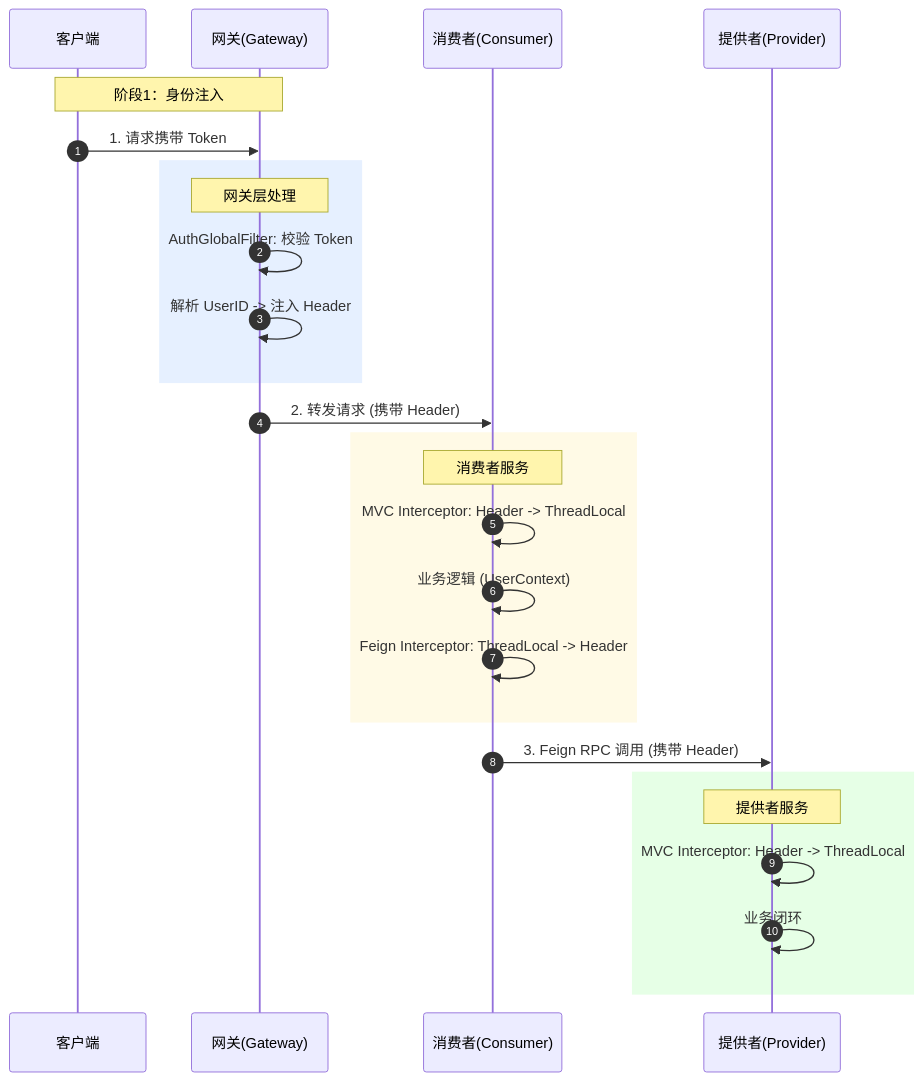
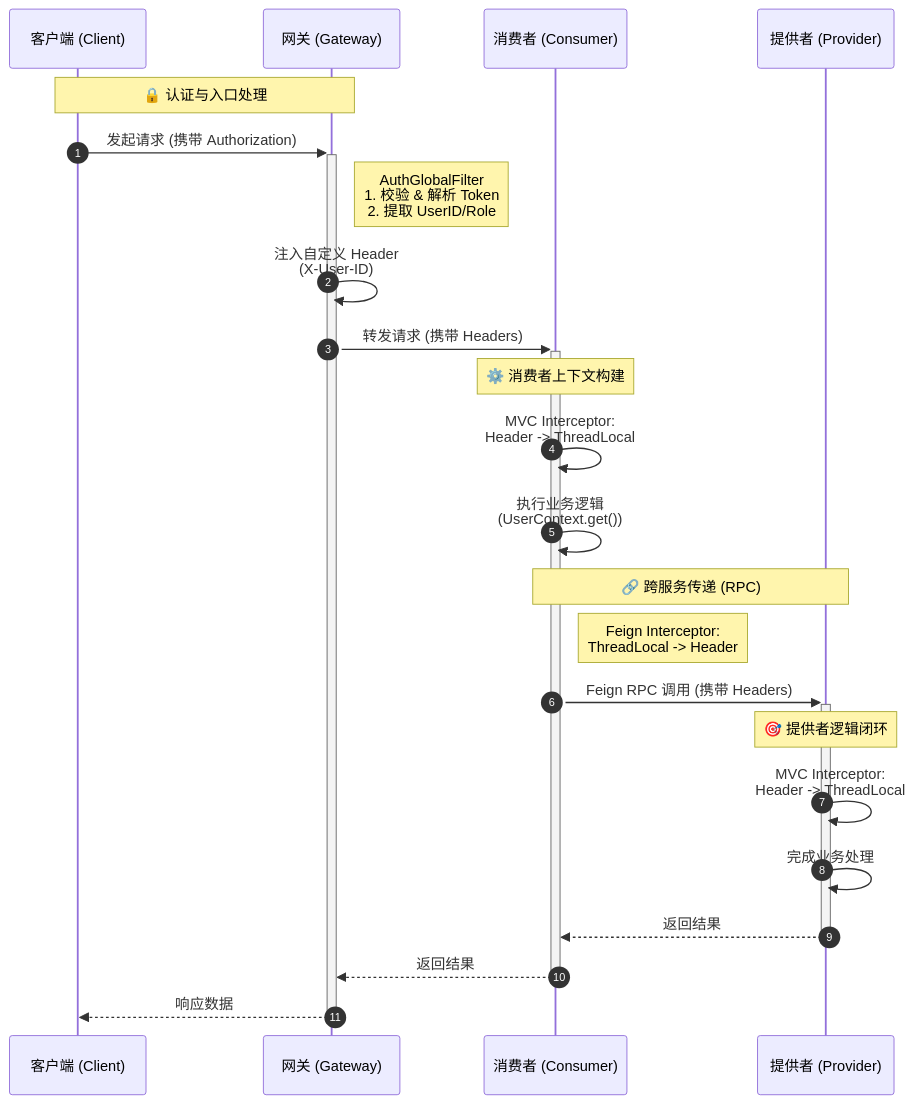
The second of 5 diagrams in README.md (RCPawn/api-gateway), drawn with Mermaid before and after one commit. The commit also changed other lines of this file, not shown here.

````diff
--- a/README.md
+++ b/README.md
@@ -123,33 +142,34 @@
 ```mermaid
 sequenceDiagram
     autonumber
-    participant Client as 客户端
-    participant Gateway as 网关(Gateway)
-    participant Consumer as 消费者(Consumer)
-    participant Provider as 提供者(Provider)
-Note over Client, Gateway: 阶段1：身份注入
-Client->>Gateway: 1. 请求携带 Token
+    
+    %% 定义参与者颜色和别名
+    participant C as 客户端 (Client)
+    participant G as 网关 (Gateway)
+    participant S1 as 消费者 (Consumer)
+    participant S2 as 提供者 (Provider)
 
-rect rgb(230, 240, 255)
-Note over Gateway: 网关层处理
-Gateway->>Gateway: AuthGlobalFilter: 校验 Token
-Gateway->>Gateway: 解析 UserID -> 注入 Header
-end
+    Note over C, G: 🔒 认证与入口处理
+    C->>+G: 发起请求 (携带 Authorization)
+    
+    Note right of G: AuthGlobalFilter<br/>1. 校验 & 解析 Token<br/>2. 提取 UserID/Role
+    G->>G: 注入自定义 Header<br/>(X-User-ID)
+    
+    G->>+S1: 转发请求 (携带 Headers)
 
-Gateway->>Consumer: 2. 转发请求 (携带 Header)
+    Note over S1: ⚙️ 消费者上下文构建
+    S1->>S1: MVC Interceptor:<br/>Header -> ThreadLocal
+    S1->>S1: 执行业务逻辑<br/>(UserContext.get())
 
-rect rgb(255, 250, 230)
-Note over Consumer: 消费者服务
-Consumer->>Consumer: MVC Interceptor: Header -> ThreadLocal
-Consumer->>Consumer: 业务逻辑 (UserContext)
-Consumer->>Consumer: Feign Interceptor: ThreadLocal -> Header
-end
+    Note over S1, S2: 🔗 跨服务传递 (RPC)
+    Note right of S1: Feign Interceptor:<br/>ThreadLocal -> Header
+    S1->>+S2: Feign RPC 调用 (携带 Headers)
 
-Consumer->>Provider: 3. Feign RPC 调用 (携带 Header)
+    Note over S2: 🎯 提供者逻辑闭环
+    S2->>S2: MVC Interceptor:<br/>Header -> ThreadLocal
+    S2->>S2: 完成业务处理
 
-rect rgb(230, 255, 230)
-Note over Provider: 提供者服务
-Provider->>Provider: MVC Interceptor: Header -> ThreadLocal
-Provider->>Provider: 业务闭环
-end
+    S2-->>-S1: 返回结果
+    S1-->>-G: 返回结果
+    G-->>-C: 响应数据
 ```
````
